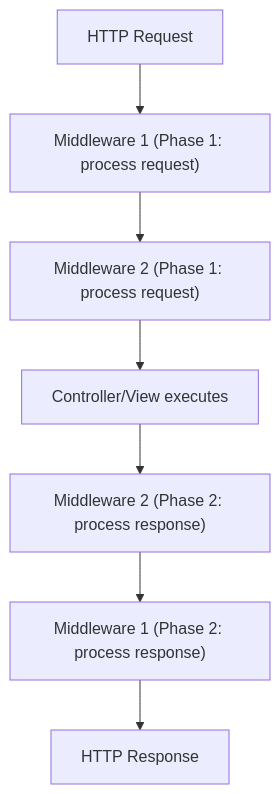
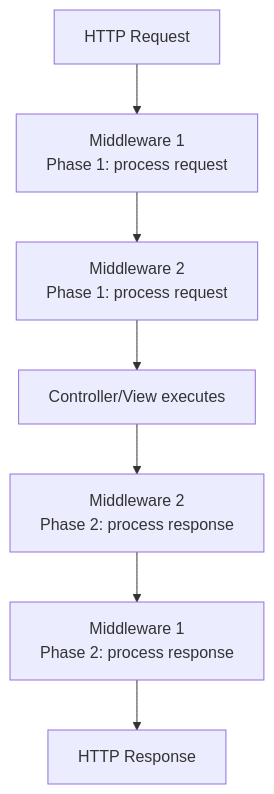
The diagram in docs/pages/middleware.rst (wemake-services/django-modern-rest), drawn with Mermaid before and after one commit.

Commit message:
Fix middleware mermaid diagram (#227)

```diff
--- a/docs/pages/middleware.rst
+++ b/docs/pages/middleware.rst
@@ -182,11 +182,11 @@
 .. mermaid::
   :caption: Middleware execution flow
   :config: {"theme": "forest"}
 
     graph TB
-      A[HTTP Request] --> B1["Middleware 1 (Phase 1: process request)"]
-      B1 --> B2["Middleware 2 (Phase 1: process request)"]
+      A[HTTP Request] --> B1[Middleware 1<br/>Phase 1: process request]
+      B1 --> B2[Middleware 2<br/>Phase 1: process request]
       B2 --> C[Controller/View executes]
-      C --> D2["Middleware 2 (Phase 2: process response)"]
-      D2 --> D1["Middleware 1 (Phase 2: process response)"]
+      C --> D2[Middleware 2<br/>Phase 2: process response]
+      D2 --> D1[Middleware 1<br/>Phase 2: process response]
       D1 --> E[HTTP Response]
```
